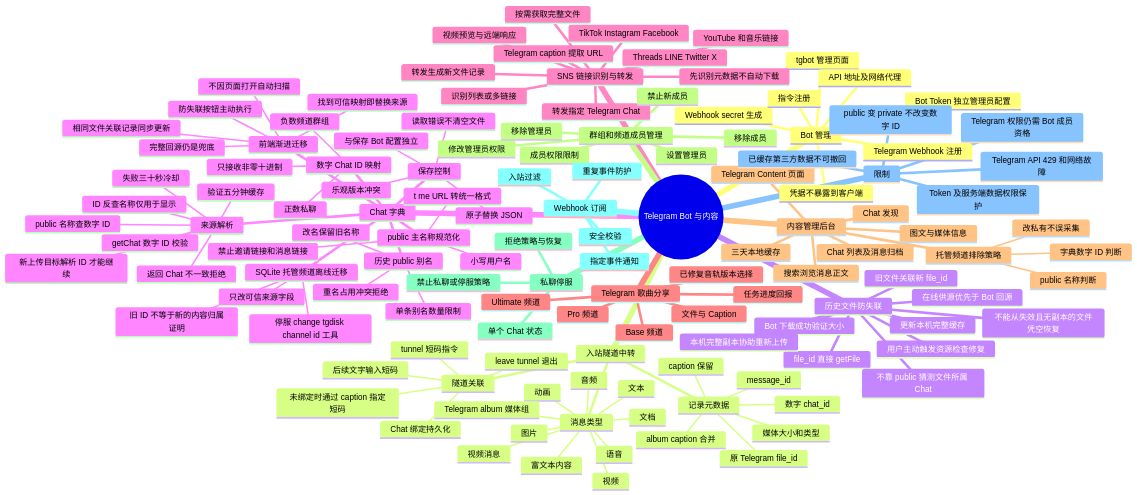
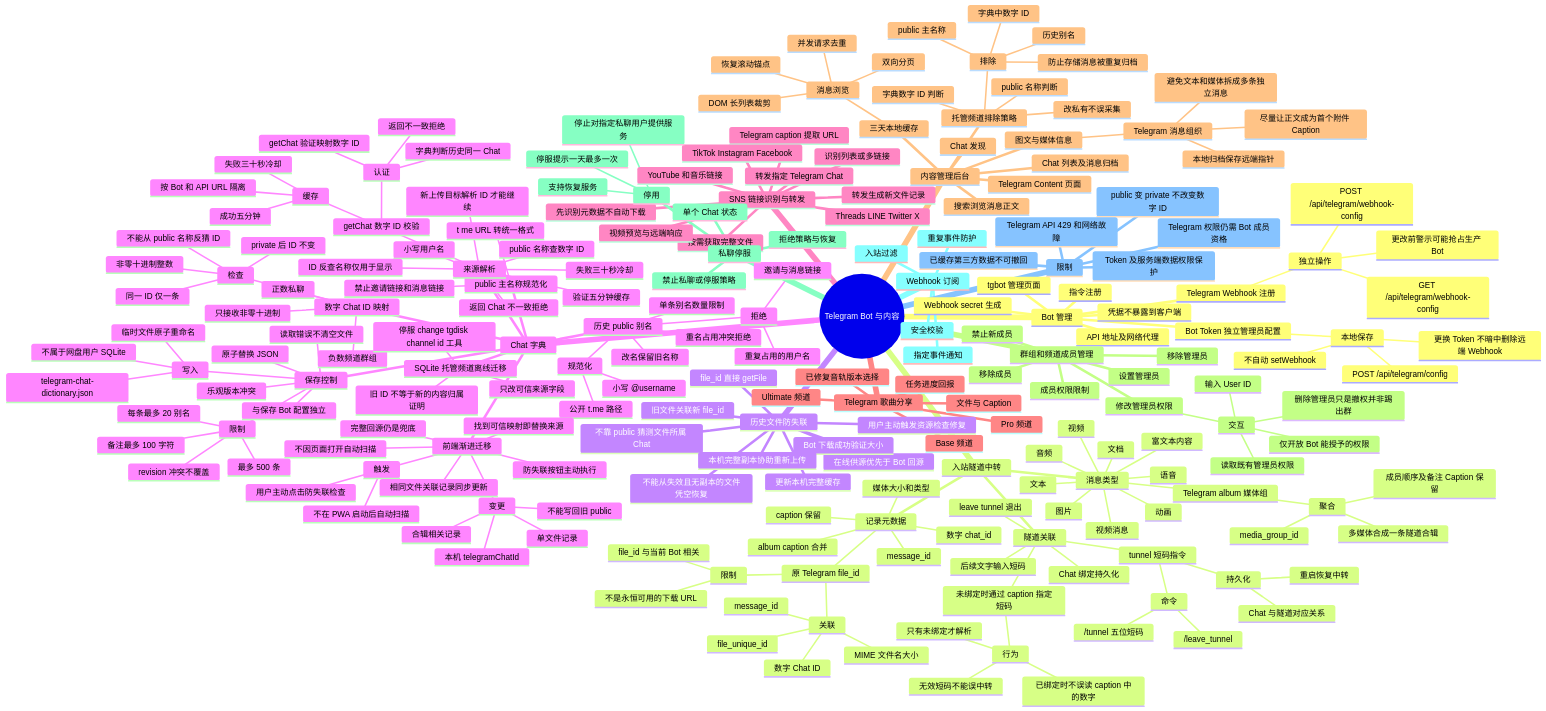
The diagram in docs/overview/feature-mindmaps/04-telegram-bot-content.md (Ltre/file-tunnel), drawn with Mermaid before and after one commit. The commit also changed 3 other files, not shown here.

Commit message:
docs: deeply expand mindmaps 01-04 with protocols states and failure boundaries

```diff
--- a/docs/overview/feature-mindmaps/04-telegram-bot-content.md
+++ b/docs/overview/feature-mindmaps/04-telegram-bot-content.md
@@ -13,16 +13,34 @@
     Bot 管理
       tgbot 管理页面
       Bot Token 独立管理员配置
+        本地保存
+          POST /api/telegram/config
+          不自动 setWebhook
+          更换 Token 不暗中删除远端 Webhook
       Webhook secret 生成
       Telegram Webhook 注册
+        独立操作
+          GET /api/telegram/webhook-config
+          POST /api/telegram/webhook-config
+          更改前警示可能抢占生产 Bot
       指令注册
       API 地址及网络代理
       凭据不暴露到客户端
     入站隧道中转
       隧道关联
         tunnel 短码指令
+          命令
+            /tunnel 五位短码
+            /leave_tunnel
+          持久化
+            Chat 与隧道对应关系
+            重启恢复中转
         leave tunnel 退出
         未绑定时通过 caption 指定短码
+          行为
+            只有未绑定才解析
+            已绑定时不误读 caption 中的数字
+            无效短码不能误中转
         后续文字输入短码
         Chat 绑定持久化
       消息类型
@@ -36,10 +54,22 @@
         动画
         视频消息
         Telegram album 媒体组
+          聚合
+            media_group_id
+            多媒体合成一条隧道合辑
+            成员顺序及备注 Caption 保留
       记录元数据
         caption 保留
         album caption 合并
         原 Telegram file_id
+          关联
+            file_unique_id
+            数字 Chat ID
+            message_id
+            MIME 文件名大小
+          限制
+            file_id 与当前 Bot 相关
+            不是永恒可用的下载 URL
         message_id
         数字 chat_id
         媒体大小和类型
@@ -55,6 +85,11 @@
       不能从失效且无副本的文件凭空恢复
     Chat 字典
       数字 Chat ID 映射
+        检查
+          非零十进制整数
+          同一 ID 仅一条
+          private 后 ID 不变
+          不能从 public 名称反猜 ID
         负数频道群组
         正数私聊
         只接收非零十进制
@@ -63,10 +98,25 @@
         小写用户名
         禁止邀请链接和消息链接
       历史 public 别名
+        规范化
+          公开 t.me 路径
+          小写 @username
+        拒绝
+          邀请与消息链接
+          重复占用的用户名
         改名保留旧名称
         重名占用冲突拒绝
         单条别名数量限制
       保存控制
+        写入
+          telegram-chat-dictionary.json
+          不属于网盘用户 SQLite
+          临时文件原子重命名
+        限制
+          最多 500 条
+          每条最多 20 别名
+          备注最多 100 字符
+          revision 冲突不覆盖
         与保存 Bot 配置独立
         原子替换 JSON
         乐观版本冲突
@@ -75,11 +125,27 @@
         public 名称查数字 ID
         ID 反查名称仅用于显示
         getChat 数字 ID 校验
+          认证
+            字典判断历史同一 Chat
+            getChat 验证映射数字 ID
+            返回不一致拒绝
+          缓存
+            成功五分钟
+            失败三十秒冷却
+            按 Bot 和 API URL 隔离
         返回 Chat 不一致拒绝
         验证五分钟缓存
         失败三十秒冷却
         新上传目标解析 ID 才能继续
       前端渐进迁移
+        触发
+          用户主动点击防失联检查
+          不在 PWA 启动后自动扫描
+        变更
+          本机 telegramChatId
+          单文件记录
+          合辑相关记录
+          不能写回旧 public
         防失联按钮主动执行
         不因页面打开自动扫描
         找到可信映射即替换来源
@@ -112,9 +178,23 @@
       Chat 发现
       Chat 列表及消息归档
       三天本地缓存
+        消息浏览
+          并发请求去重
+          双向分页
+          DOM 长列表裁剪
+          恢复滚动锚点
       搜索浏览消息正文
       图文与媒体信息
+        Telegram 消息组织
+          尽量让正文成为首个附件 Caption
+          避免文本和媒体拆成多条独立消息
+          本地归档保存远端指针
       托管频道排除策略
+        排除
+          public 主名称
+          历史别名
+          字典中数字 ID
+          防止存储消息被重复归档
         public 名称判断
         字典数字 ID 判断
         改私有不误采集
@@ -124,8 +204,17 @@
       移除成员
       设置管理员
       修改管理员权限
+        交互
+          输入 User ID
+          读取既有管理员权限
+          仅开放 Bot 能授予的权限
+          删除管理员只是撤权并非踢出群
       移除管理员
     私聊停服
+      停用
+        停止对指定私聊用户提供服务
+        停服提示一天最多一次
+        支持恢复服务
       禁止私聊或停服策略
       单个 Chat 状态
       拒绝策略与恢复
```
